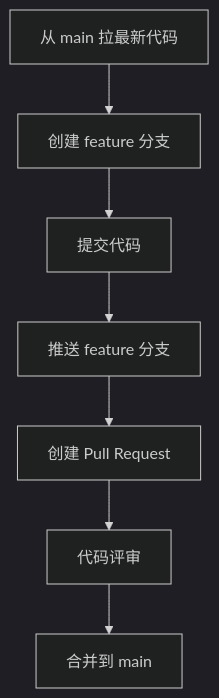
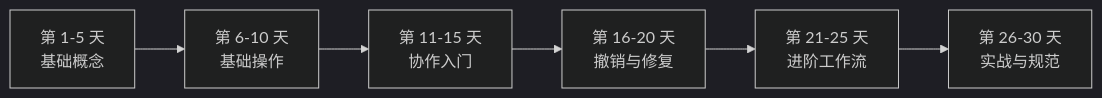
The diagram in docs/git-30-days.md (zyuhao7/gitlean), drawn with Mermaid (dark theme) before and after one commit. The commit also changed other lines of this file and 2 other files, not shown here.

````diff
--- a/docs/git-30-days.md
+++ b/docs/git-30-days.md
@@ -703,9 +15,8 @@
 ```mermaid
-flowchart TD
-    A["从 main 拉最新代码"] --> B["创建 feature 分支"]
-    B --> C["提交代码"]
-    C --> D["推送 feature 分支"]
-    D --> E["创建 Pull Request"]
-    E --> F["代码评审"]
-    F --> G["合并到 main"]
+flowchart LR
+    A["第 1-5 天<br/>基础概念"] --> B["第 6-10 天<br/>基础操作"]
+    B --> C["第 11-15 天<br/>协作入门"]
+    C --> D["第 16-20 天<br/>撤销与修复"]
+    D --> E["第 21-25 天<br/>进阶工作流"]
+    E --> F["第 26-30 天<br/>实战与规范"]
 ```
````
